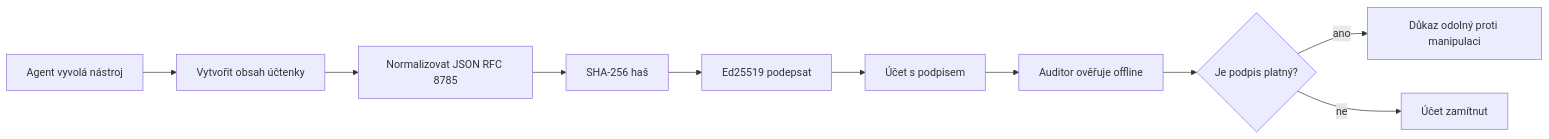
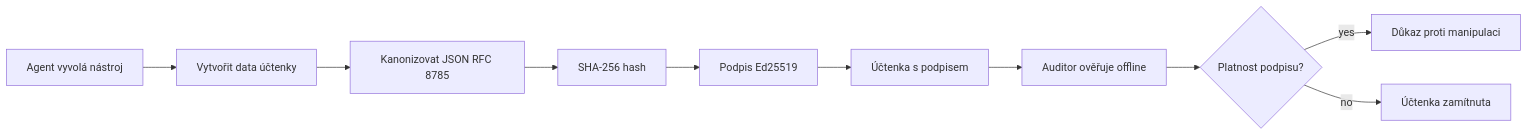
The first of 2 diagrams in translations/cs/18-securing-ai-agents/README.md (microsoft/ai-agents-for-beginners), drawn with Mermaid before and after one commit. The commit also changed other lines of this file and 222 other files, not shown here.

````diff
--- a/translations/cs/18-securing-ai-agents/README.md
+++ b/translations/cs/18-securing-ai-agents/README.md
@@ -51,12 +51,12 @@
 ```mermaid
 flowchart LR
-    A[Agent vyvolá nástroj] --> B[Vytvořit obsah účtenky]
-    B --> C[Normalizovat JSON RFC 8785]
-    C --> D[SHA-256 haš]
-    D --> E[Ed25519 podepsat]
-    E --> F[Účet s podpisem]
+    A[Agent vyvolá nástroj] --> B[Vytvořit data účtenky]
+    B --> C[Kanonizovat JSON RFC 8785]
+    C --> D[SHA-256 hash]
+    D --> E[Podpis Ed25519]
+    E --> F[Účtenka s podpisem]
     F --> G[Auditor ověřuje offline]
-    G --> H{Je podpis platný?}
-    H -- ano --> I[Důkaz odolný proti manipulaci]
-    H -- ne --> J[Účet zamítnut]
+    G --> H{Platnost podpisu?}
+    H -- yes --> I[Důkaz proti manipulaci]
+    H -- no --> J[Účtenka zamítnuta]
 ```
````
